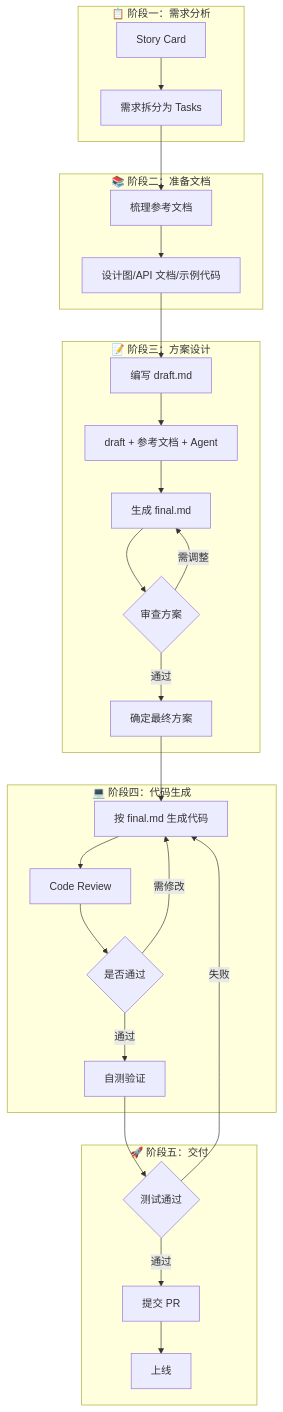
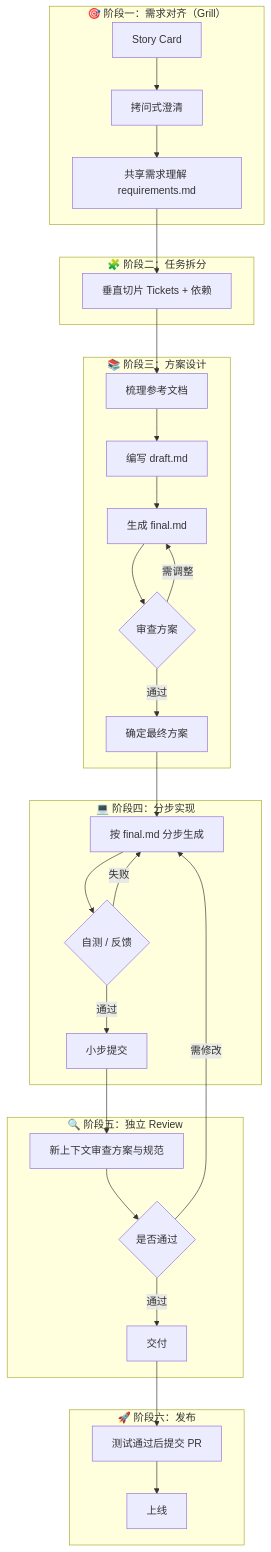
One commit to Cyronlee/effective-cursor changed the diagram in src/content/zh/docs/4-workflow/workflow-practice.mdx. Above: the diagram before and after it, drawn with Mermaid. The commit also changed other lines of this file and 3 other files, not shown here.

````diff
--- a/src/content/zh/docs/4-workflow/workflow-practice.mdx
+++ b/src/content/zh/docs/4-workflow/workflow-practice.mdx
@@ -17,35 +26,39 @@
 ```mermaid
 flowchart TD
-    subgraph Phase1["📋 阶段一：需求分析"]
-        A[Story Card] --> B[需求拆分为 Tasks]
+    subgraph Phase0["🎯 阶段一：需求对齐（Grill）"]
+        A[Story Card] --> B[拷问式澄清]
+        B --> C[共享需求理解 requirements.md]
     end
-    
-    subgraph Phase2["📚 阶段二：准备文档"]
-        B --> C[梳理参考文档]
-        C --> D[设计图/API 文档/示例代码]
+
+    subgraph Phase1["🧩 阶段二：任务拆分"]
+        C --> D[垂直切片 Tickets + 依赖]
     end
-    
-    subgraph Phase3["📝 阶段三：方案设计"]
-        D --> E[编写 draft.md]
-        E --> F[draft + 参考文档 + Agent]
+
+    subgraph Phase2["📚 阶段三：方案设计"]
+        D --> E[梳理参考文档]
+        E --> F[编写 draft.md]
         F --> G[生成 final.md]
         G --> H{审查方案}
         H -->|需调整| G
         H -->|通过| I[确定最终方案]
     end
-    
-    subgraph Phase4["💻 阶段四：代码生成"]
-        I --> J[按 final.md 生成代码]
-        J --> K[Code Review]
-        K --> L{是否通过}
-        L -->|需修改| J
-        L -->|通过| M[自测验证]
+
+    subgraph Phase3["💻 阶段四：分步实现"]
+        I --> J[按 final.md 分步生成]
+        J --> K{自测 / 反馈}
+        K -->|失败| J
+        K -->|通过| L[小步提交]
     end
-    
-    subgraph Phase5["🚀 阶段五：交付"]
-        M --> N{测试通过}
-        N -->|失败| J
-        N -->|通过| O[提交 PR]
-        O --> P[上线]
+
+    subgraph Phase4["🔍 阶段五：独立 Review"]
+        L --> M[新上下文审查方案与规范]
+        M --> N{是否通过}
+        N -->|需修改| J
+        N -->|通过| O[交付]
+    end
+
+    subgraph Phase5["🚀 阶段六：发布"]
+        O --> P[测试通过后提交 PR]
+        P --> Q[上线]
     end
 ```
````
